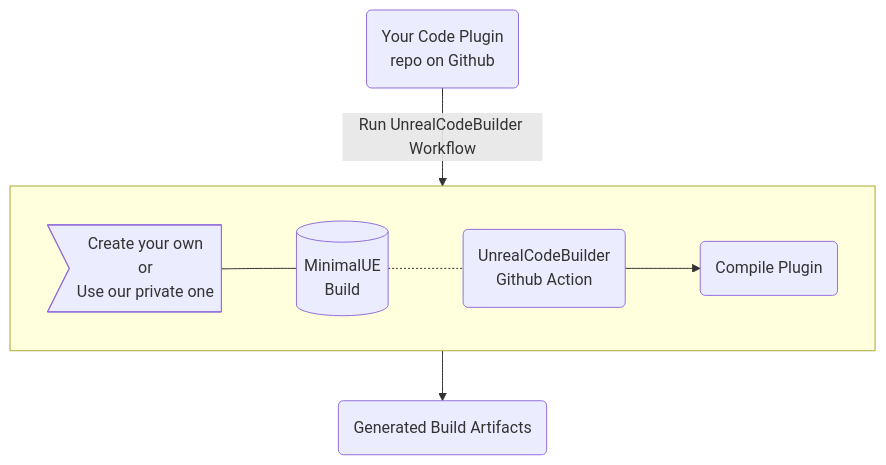
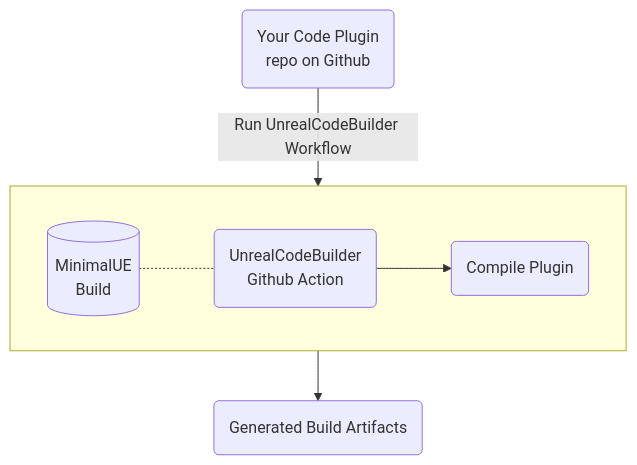
The diagram in README.md (Guganana/UnrealPluginCIWithGithubActions), drawn with Mermaid before and after one commit.

````diff
--- a/README.md
+++ b/README.md
@@ -16,19 +16,17 @@
 ```mermaid
 graph TB
 A(Your Code Plugin<br>repo on Github)
 E(Generated Build Artifacts)
 
 subgraph one[" "]
     direction LR
-    tag>Create your own<br>or<br>Use our private one]
     C[(MinimalUE<br>Build)]
     D(UnrealCodeBuilder<br>Github Action)
     Compile(Compile Plugin)
-    tag --- C
     C -.- D
     D --> Compile
 end
 
 A -- Run UnrealCodeBuilder Workflow --> one
 one --> E
 ```
````
